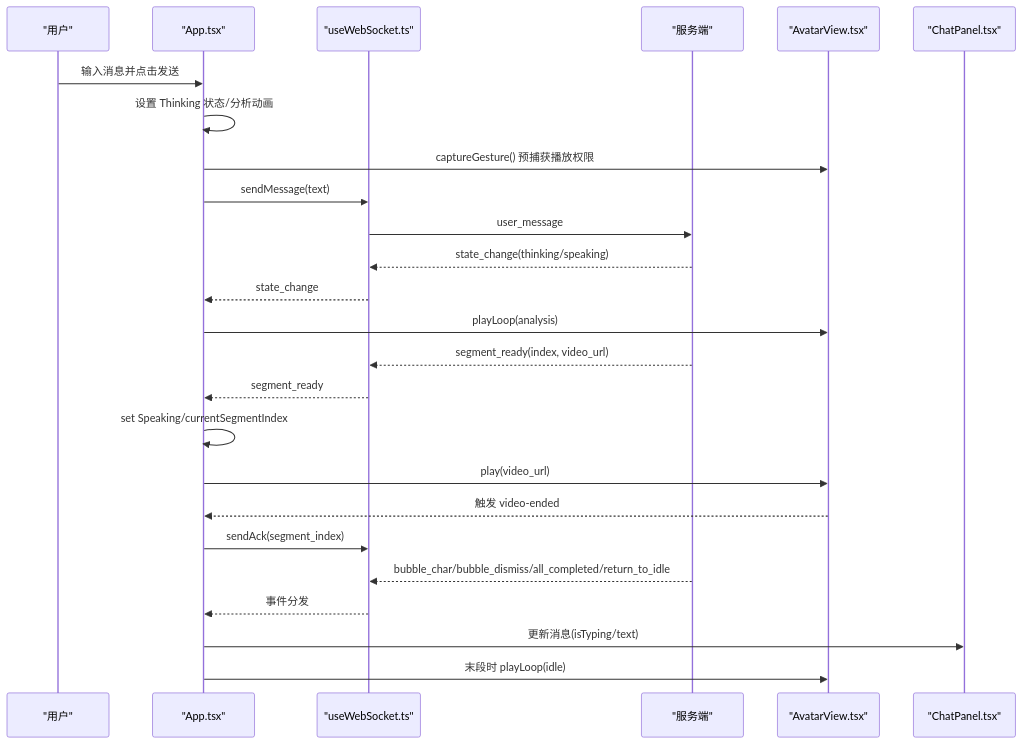
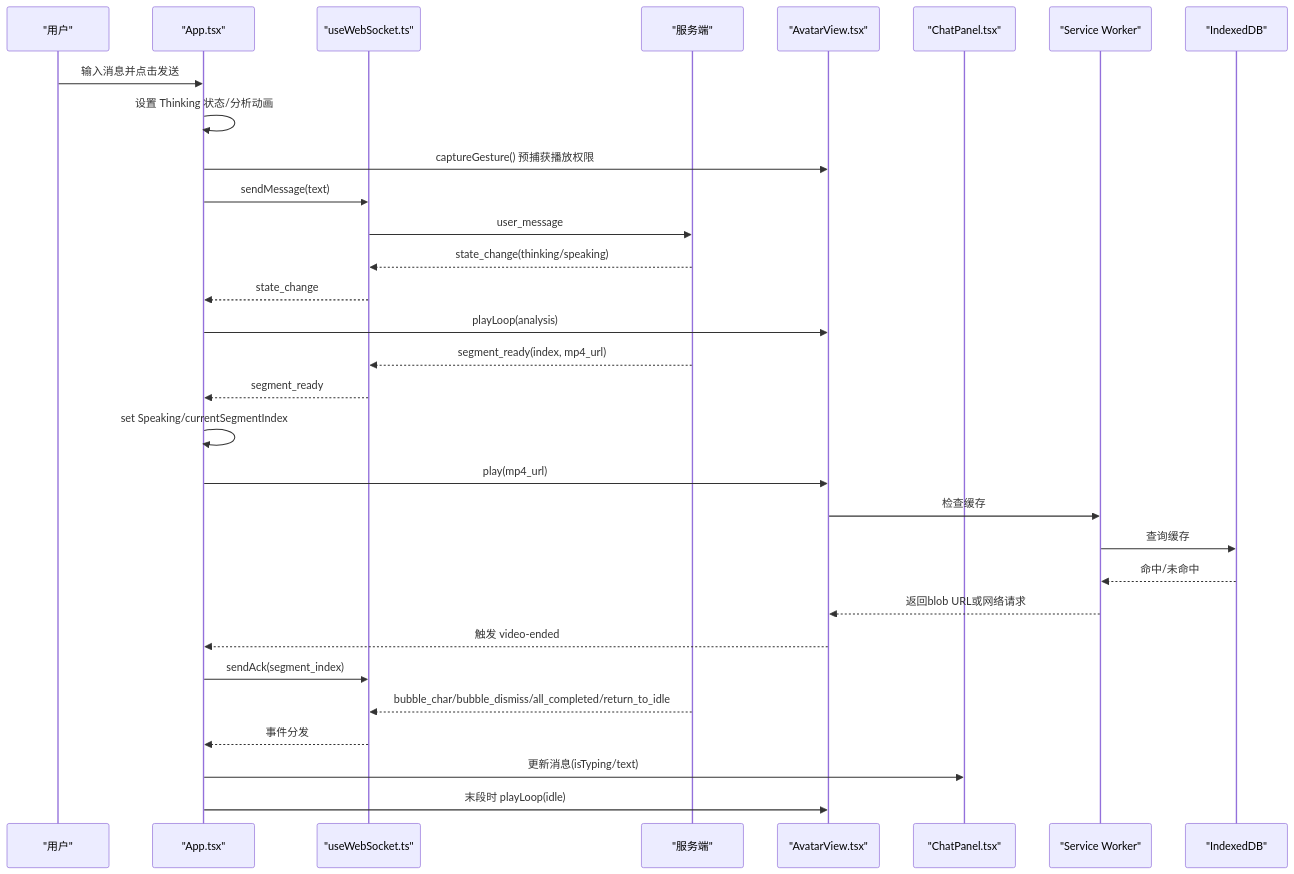
Before and after one commit to leo21cn/real-time-talk: the second of 8 diagrams in .qoder/repowiki/zh/content/前端应用/前端应用.md, drawn with Mermaid. The commit also changed other lines of this file and 9 other files, not shown here.

````diff
--- a/.qoder/repowiki/zh/content/前端应用/前端应用.md
+++ b/.qoder/repowiki/zh/content/前端应用/前端应用.md
@@ -147,27 +162,33 @@
 ```mermaid
 sequenceDiagram
 participant U as "用户"
 participant A as "App.tsx"
 participant WS as "useWebSocket.ts"
 participant S as "服务端"
 participant AV as "AvatarView.tsx"
 participant CP as "ChatPanel.tsx"
+participant SW as "Service Worker"
+participant IDB as "IndexedDB"
 U->>A : 输入消息并点击发送
 A->>A : 设置 Thinking 状态/分析动画
 A->>AV : captureGesture() 预捕获播放权限
 A->>WS : sendMessage(text)
 WS->>S : user_message
 S-->>WS : state_change(thinking/speaking)
 WS-->>A : state_change
 A->>AV : playLoop(analysis)
-S-->>WS : segment_ready(index, video_url)
+S-->>WS : segment_ready(index, mp4_url)
 WS-->>A : segment_ready
 A->>A : set Speaking/currentSegmentIndex
-A->>AV : play(video_url)
+A->>AV : play(mp4_url)
+AV->>SW : 检查缓存
+SW->>IDB : 查询缓存
+IDB-->>SW : 命中/未命中
+SW-->>AV : 返回blob URL或网络请求
 AV-->>A : 触发 video-ended
 A->>WS : sendAck(segment_index)
 S-->>WS : bubble_char/bubble_dismiss/all_completed/return_to_idle
 WS-->>A : 事件分发
 A->>CP : 更新消息(isTyping/text)
 A->>AV : 末段时 playLoop(idle)
 ```
````
